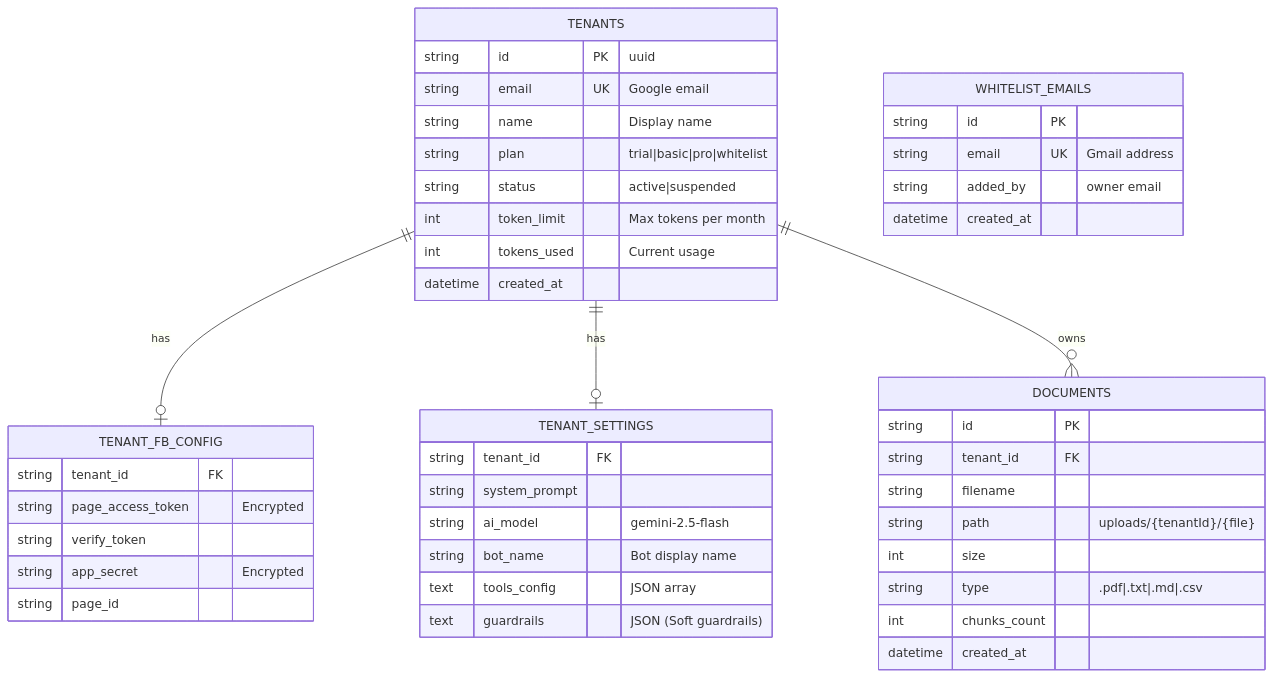
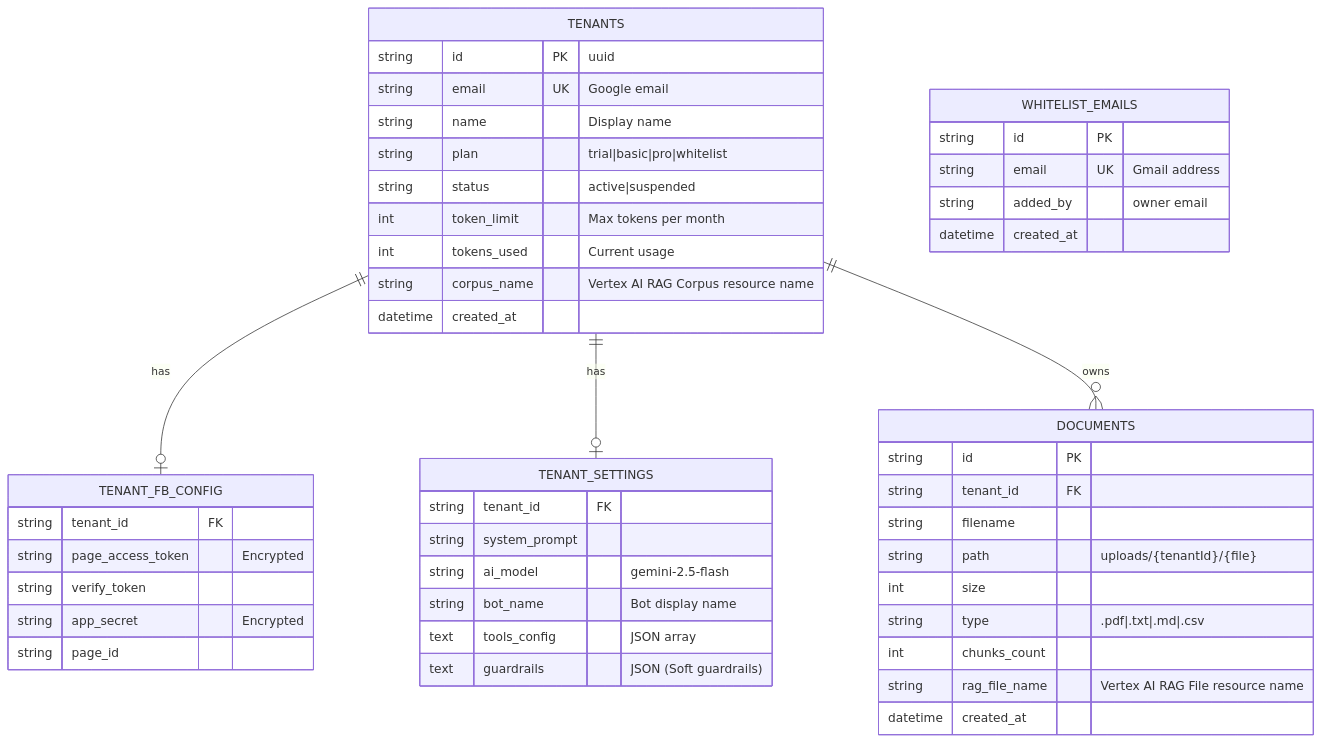
The sixth of 6 diagrams in docs/architecture.md (anhlelha/FBBot), drawn with Mermaid before and after one commit. The commit also changed other lines of this file and 10 other files, not shown here.

First line of the commit message:
feat: Migrate RAG pipeline from local VectorStore to Google Vertex AI RAG Engine

````diff
--- a/docs/architecture.md
+++ b/docs/architecture.md
@@ -220,52 +225,54 @@
 ```mermaid
 erDiagram
     TENANTS {
         string id PK "uuid"
         string email UK "Google email"
         string name "Display name"
         string plan "trial|basic|pro|whitelist"
         string status "active|suspended"
         int token_limit "Max tokens per month"
         int tokens_used "Current usage"
+        string corpus_name "Vertex AI RAG Corpus resource name"
         datetime created_at
     }
 
     TENANT_FB_CONFIG {
         string tenant_id FK
         string page_access_token "Encrypted"
         string verify_token
         string app_secret "Encrypted"
         string page_id
     }
 
     TENANT_SETTINGS {
         string tenant_id FK
         string system_prompt
         string ai_model "gemini-2.5-flash"
         string bot_name "Bot display name"
         text tools_config "JSON array"
         text guardrails "JSON (Soft guardrails)"
     }
 
     DOCUMENTS {
         string id PK
         string tenant_id FK
         string filename
         string path "uploads/{tenantId}/{file}"
         int size
         string type ".pdf|.txt|.md|.csv"
         int chunks_count
+        string rag_file_name "Vertex AI RAG File resource name"
         datetime created_at
     }
 
     WHITELIST_EMAILS {
         string id PK
         string email UK "Gmail address"
         string added_by "owner email"
         datetime created_at
     }
 
     TENANTS ||--o| TENANT_FB_CONFIG : has
     TENANTS ||--o| TENANT_SETTINGS : has
     TENANTS ||--o{ DOCUMENTS : owns
 ```
````
